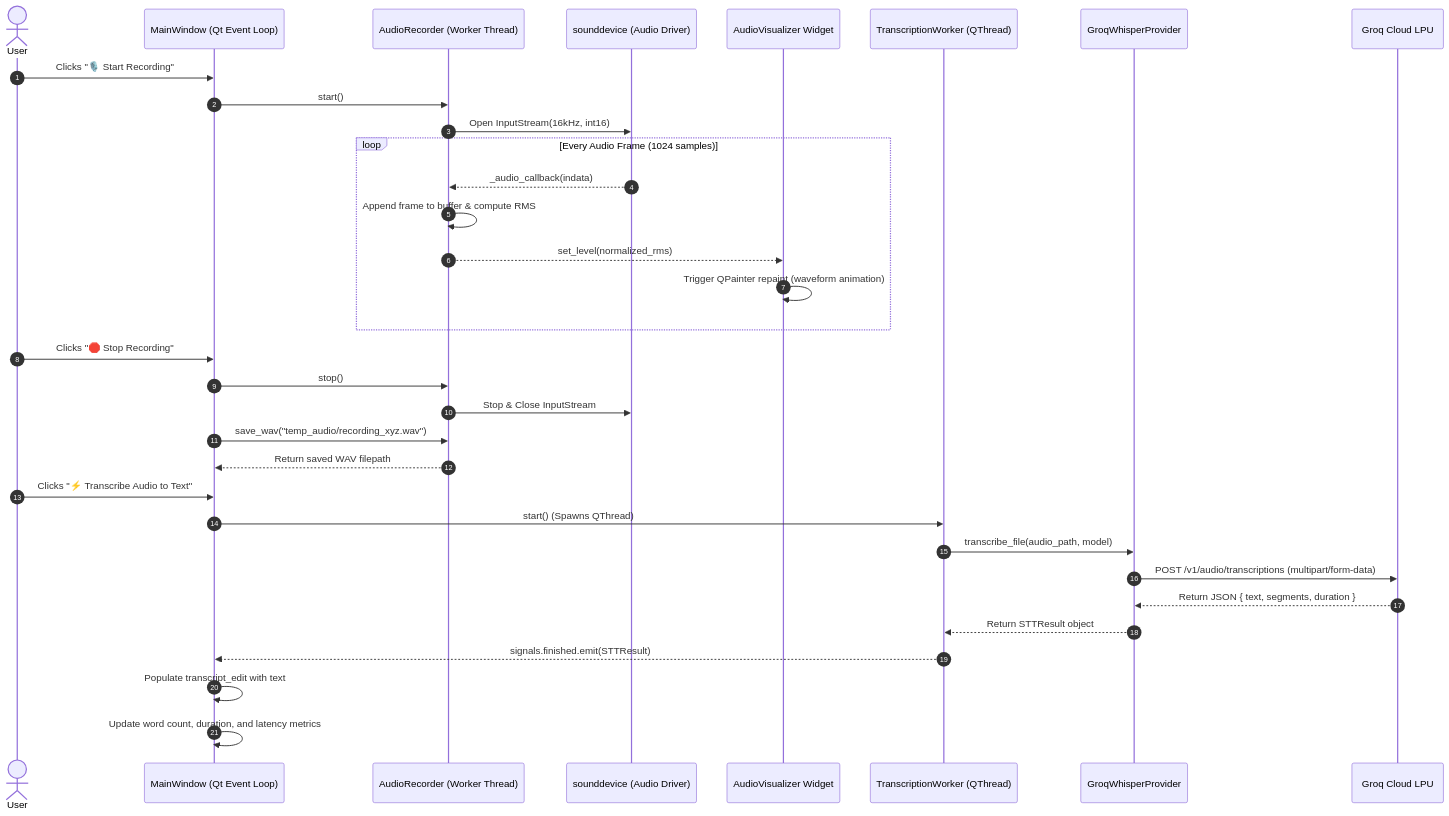
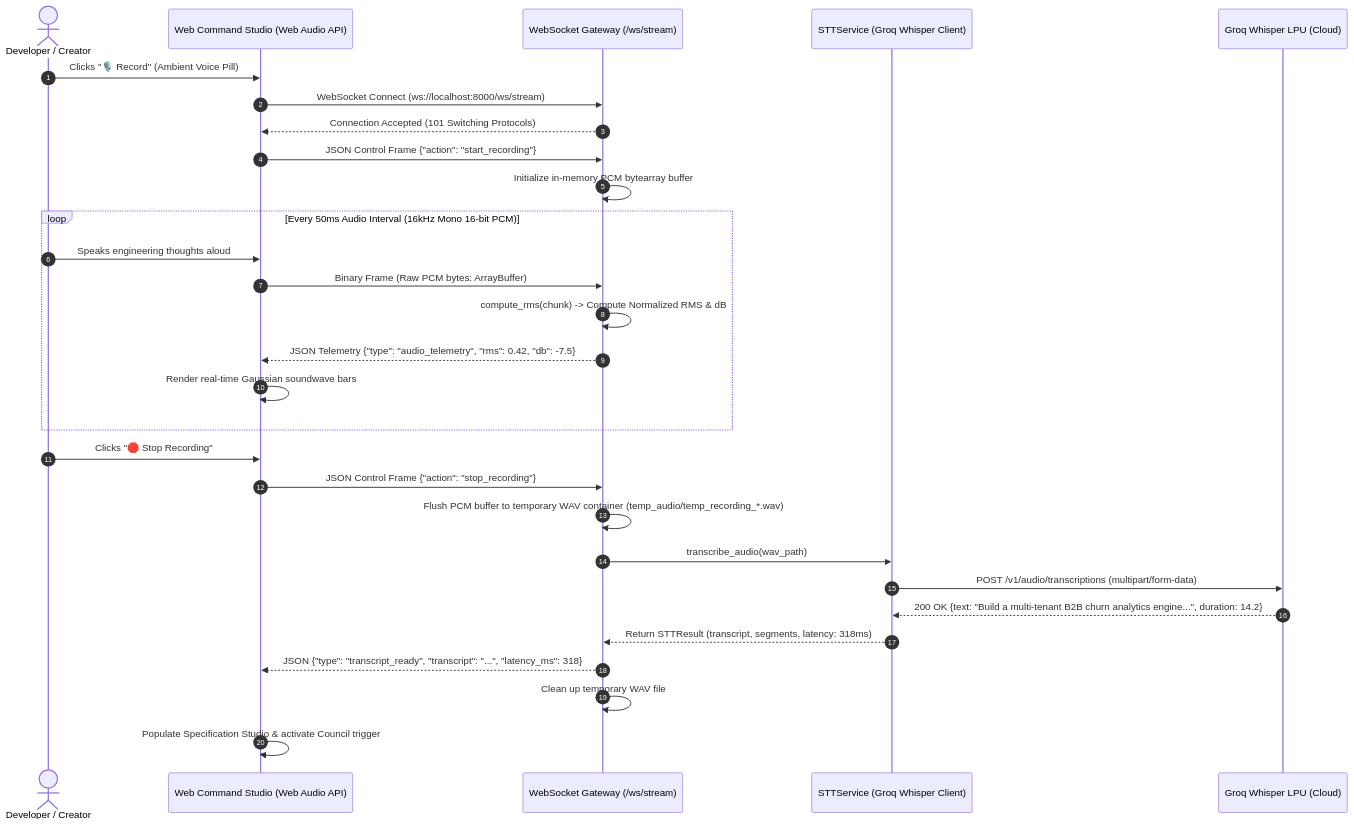
One commit to maihun-rsc/VoGenFlow-Voice-Based-Insights-Generation changed the first of 4 diagrams in docs/Flow.md. Above: the diagram before and after it, drawn with Mermaid. The commit also changed other lines of this file and 117 other files, not shown here.

````diff
--- a/docs/Flow.md
+++ b/docs/Flow.md
@@ -35,39 +62,34 @@
 ```mermaid
 sequenceDiagram
     autonumber
-    actor User
-    participant UI as MainWindow (Qt Event Loop)
-    participant Rec as AudioRecorder (Worker Thread)
-    participant SD as sounddevice (Audio Driver)
-    participant Vis as AudioVisualizer Widget
-    participant STTWorker as TranscriptionWorker (QThread)
-    participant STT as GroqWhisperProvider
-    participant GroqAPI as Groq Cloud LPU
+    actor Developer as Developer / Creator
+    participant WebUI as Web Command Studio (Web Audio API)
+    participant WS as WebSocket Gateway (/ws/stream)
+    participant STT as STTService (Groq Whisper Client)
+    participant GroqAPI as Groq Whisper LPU (Cloud)
 
-    User->>UI: Clicks "🎙️ Start Recording"
-    UI->>Rec: start()
-    Rec->>SD: Open InputStream(16kHz, int16)
-    
-    loop Every Audio Frame (1024 samples)
-        SD-->>Rec: _audio_callback(indata)
-        Rec->>Rec: Append frame to buffer & compute RMS
-        Rec-->>Vis: set_level(normalized_rms)
-        Vis->>Vis: Trigger QPainter repaint (waveform animation)
+    Developer->>WebUI: Clicks "🎙️ Record" (Ambient Voice Pill)
+    WebUI->>WS: WebSocket Connect (ws://localhost:8000/ws/stream)
+    WS-->>WebUI: Connection Accepted (101 Switching Protocols)
+    WebUI->>WS: JSON Control Frame {"action": "start_recording"}
+    WS->>WS: Initialize in-memory PCM bytearray buffer
+
+    loop Every 50ms Audio Interval (16kHz Mono 16-bit PCM)
+        Developer->>WebUI: Speaks engineering thoughts aloud
+        WebUI->>WS: Binary Frame (Raw PCM bytes: ArrayBuffer)
+        WS->>WS: compute_rms(chunk) -> Compute Normalized RMS & dB
+        WS-->>WebUI: JSON Telemetry {"type": "audio_telemetry", "rms": 0.42, "db": -7.5}
+        WebUI->>WebUI: Render real-time Gaussian soundwave bars
     end
 
-    User->>UI: Clicks "🛑 Stop Recording"
-    UI->>Rec: stop()
-    Rec->>SD: Stop & Close InputStream
-    UI->>Rec: save_wav("temp_audio/recording_xyz.wav")
-    Rec-->>UI: Return saved WAV filepath
-
-    User->>UI: Clicks "⚡ Transcribe Audio to Text"
-    UI->>STTWorker: start() (Spawns QThread)
-    STTWorker->>STT: transcribe_file(audio_path, model)
+    Developer->>WebUI: Clicks "🛑 Stop Recording"
+    WebUI->>WS: JSON Control Frame {"action": "stop_recording"}
+    WS->>WS: Flush PCM buffer to temporary WAV container (temp_audio/temp_recording_*.wav)
+    WS->>STT: transcribe_audio(wav_path)
     STT->>GroqAPI: POST /v1/audio/transcriptions (multipart/form-data)
-    GroqAPI-->>STT: Return JSON { text, segments, duration }
-    STT-->>STTWorker: Return STTResult object
-    STTWorker-->>UI: signals.finished.emit(STTResult)
-    UI->>UI: Populate transcript_edit with text
-    UI->>UI: Update word count, duration, and latency metrics
+    GroqAPI-->>STT: 200 OK {text: "Build a multi-tenant B2B churn analytics engine...", duration: 14.2}
+    STT-->>WS: Return STTResult (transcript, segments, latency: 318ms)
+    WS-->>WebUI: JSON {"type": "transcript_ready", "transcript": "...", "latency_ms": 318}
+    WS->>WS: Clean up temporary WAV file
+    WebUI->>WebUI: Populate Specification Studio & activate Council trigger
 ```
````
